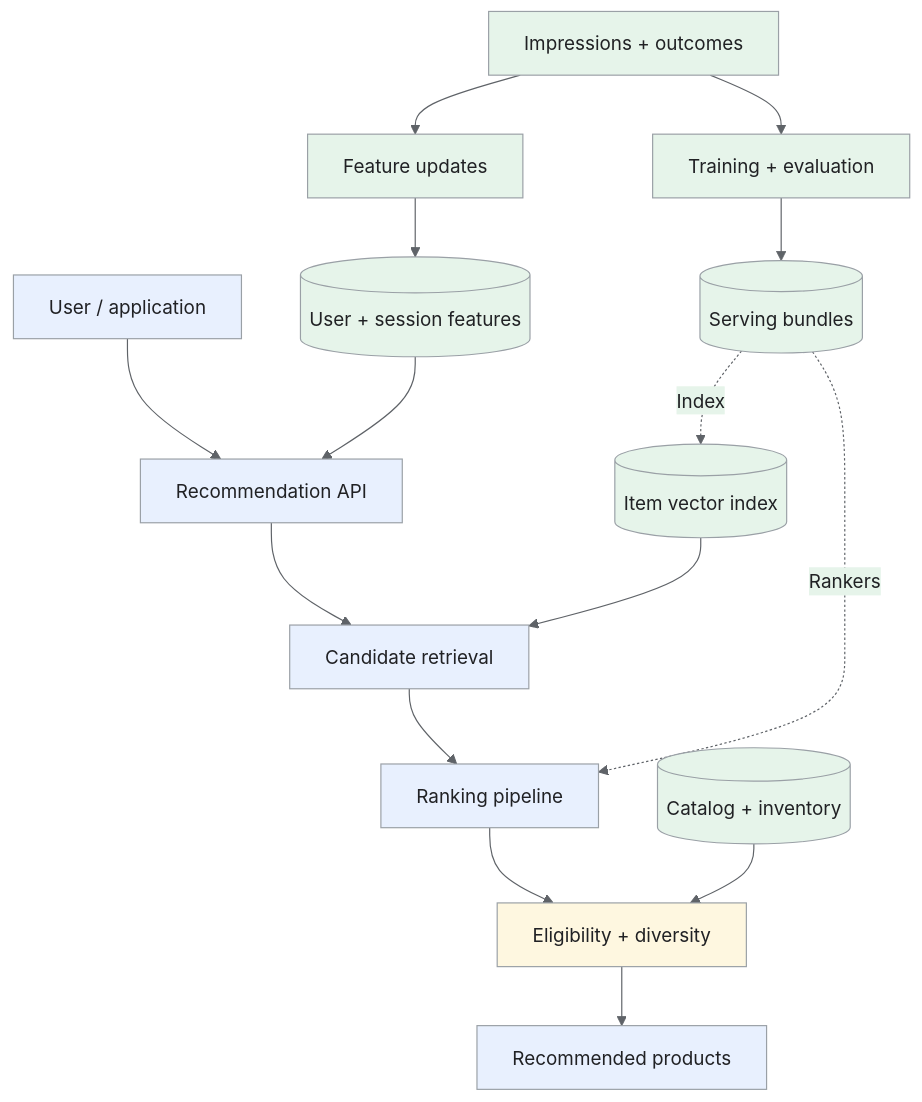
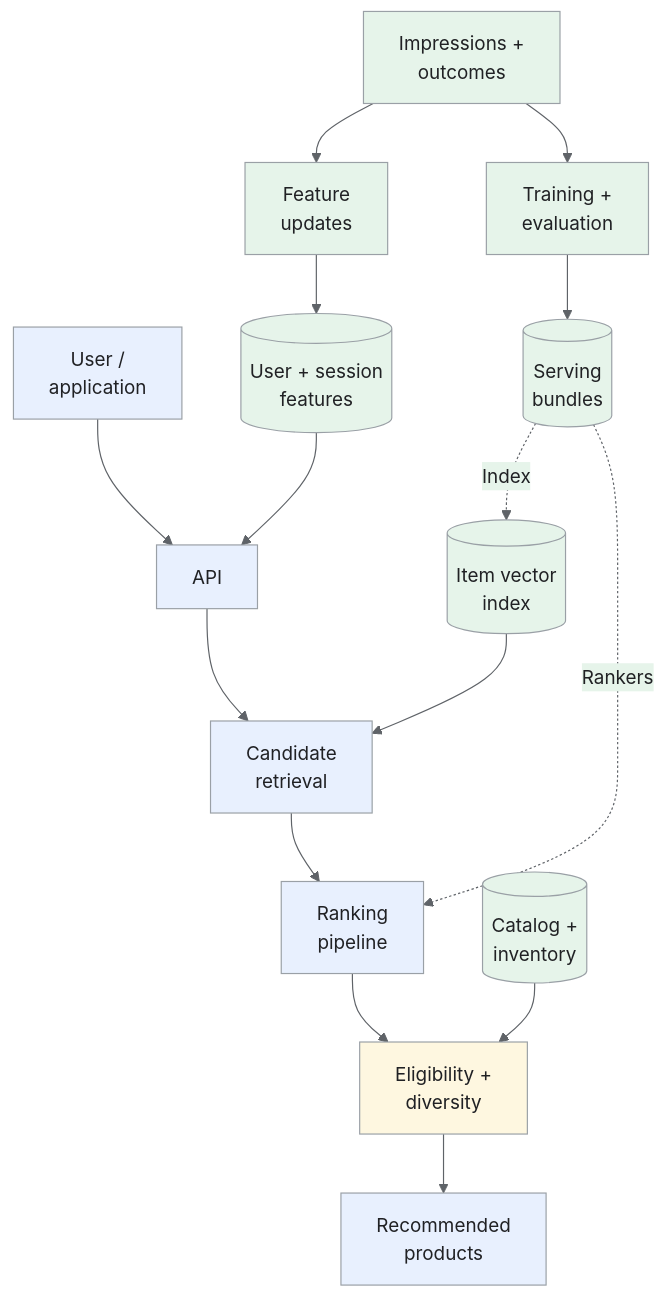
The first of 6 diagrams in _designs/product-recommendations.md (iliazlobin/iliazlobin.github.io), drawn with Mermaid before and after one commit. The commit also changed other lines of this file and 116 other files, not shown here.

````diff
--- a/_designs/product-recommendations.md
+++ b/_designs/product-recommendations.md
@@ -153,25 +139,25 @@
 ```mermaid
 %%{init: {'theme':'base','themeVariables':{'primaryColor':'#e8f0fe','primaryTextColor':'#202124','primaryBorderColor':'#9aa0a6','lineColor':'#5f6368','secondaryColor':'#e6f4ea','tertiaryColor':'#fef7e0','actorBkg':'#e8f0fe','actorBorder':'#9aa0a6','actorTextColor':'#202124','noteBkgColor':'#fef7e0','noteTextColor':'#202124','noteBorderColor':'#9aa0a6','signalColor':'#5f6368','signalTextColor':'#202124','labelBoxBkgColor':'#fef7e0','labelBoxBorderColor':'#9aa0a6'}}}%%
 flowchart TB
-  U["User / application"] --> API["Recommendation API"]
-  CONTEXT[("User + session features")] --> API
-  API --> RET["Candidate retrieval"]
-  IDX[("Item vector index")] --> RET
-  RET --> RANK["Ranking pipeline"]
-  RANK --> RULES["Eligibility + diversity"]
-  CATALOG[("Catalog + inventory")] --> RULES
-  RULES --> RESULT["Recommended products"]
-  EVENTS["Impressions + outcomes"] --> UPDATE["Feature updates"]
+  U["User /<br>application"] --> API["API"]
+  CONTEXT[("User + session<br>features")] --> API
+  API --> RET["Candidate<br>retrieval"]
+  IDX[("Item vector<br>index")] --> RET
+  RET --> RANK["Ranking<br>pipeline"]
+  RANK --> RULES["Eligibility +<br>diversity"]
+  CATALOG[("Catalog +<br>inventory")] --> RULES
+  RULES --> RESULT["Recommended<br>products"]
+  EVENTS["Impressions +<br>outcomes"] --> UPDATE["Feature<br>updates"]
   UPDATE --> CONTEXT
-  EVENTS --> TRAIN["Training + evaluation"]
-  TRAIN --> REG[("Serving bundles")]
+  EVENTS --> TRAIN["Training +<br>evaluation"]
+  TRAIN --> REG[("Serving<br>bundles")]
   REG -.->|"Index"| IDX
   REG -.->|"Rankers"| RANK
 classDef request fill:#e8f0fe,stroke:#9aa0a6,color:#202124;
 classDef data fill:#e6f4ea,stroke:#9aa0a6,color:#202124;
 classDef control fill:#fef7e0,stroke:#9aa0a6,color:#202124;
 class U,API,RET,RANK,RESULT request;
 class CONTEXT,IDX,CATALOG,EVENTS,UPDATE,TRAIN,REG data;
 class RULES control;
 
 ```
````
